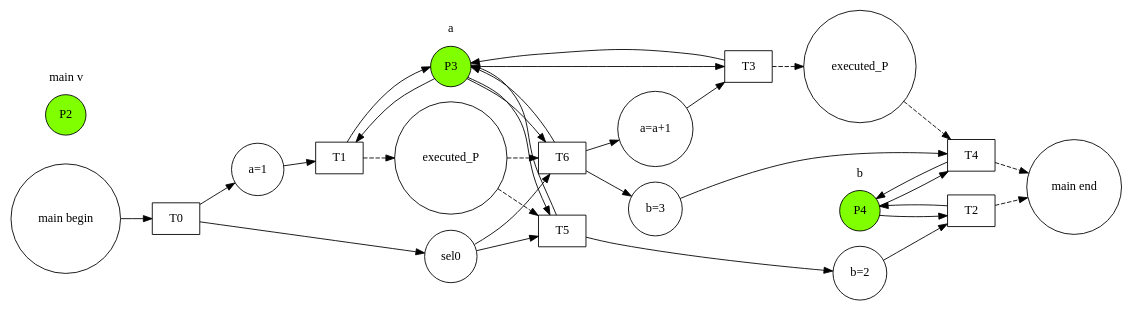
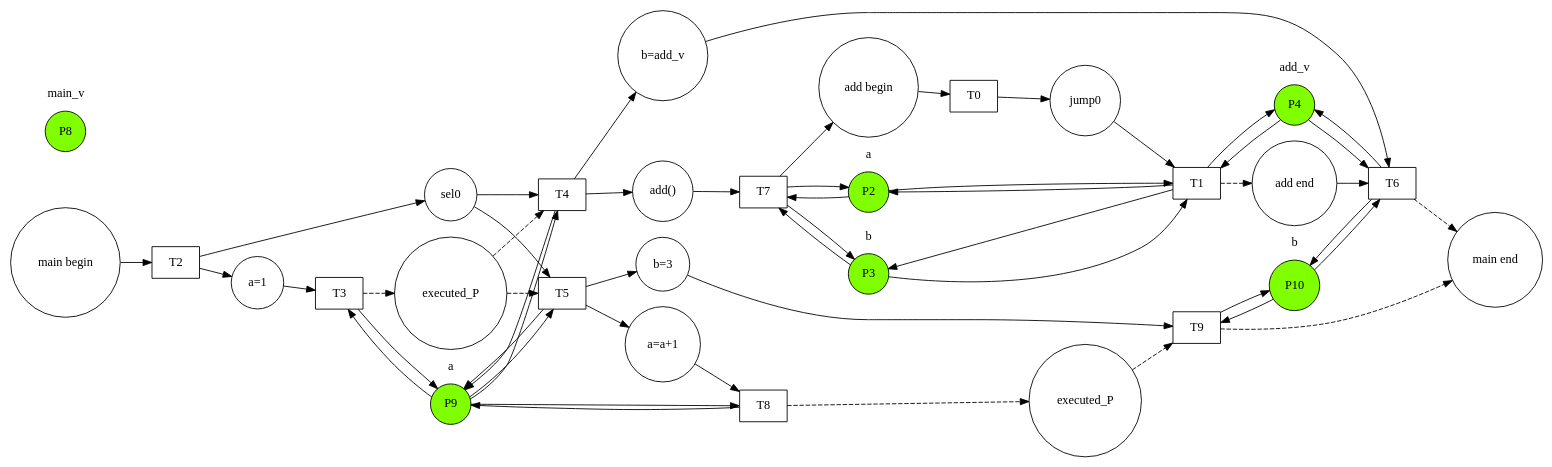
Before and after one commit to ccisman/DAMER: the diagram in cmake-build-debug/1.dot, drawn with Graphviz. The commit also changed 18 other files, not shown here.

```diff
--- a/cmake-build-debug/1.dot
+++ b/cmake-build-debug/1.dot
@@ -1,53 +1,83 @@
 digraph G{
 rankdir = LR
-P0[shape=circle,label="main begin"]
-P1[shape=circle,label="main end"]
-subgraph cluster_P2{label="main v"color="white"P2[shape=circle, style="filled",color="black",fillcolor="chartreuse"]}
-subgraph cluster_P3{label="a"color="white"P3[shape=circle, style="filled",color="black",fillcolor="chartreuse"]}
-subgraph cluster_P4{label="b"color="white"P4[shape=circle, style="filled",color="black",fillcolor="chartreuse"]}
-P5[shape=circle,label="a=1"]
-P6[shape=circle,label="b=2"]
-P7[shape=circle,label="a=a+1"]
-P8[shape=circle,label="b=3"]
-P9[shape=circle,label="sel0"]
-P10[shape=circle,label="executed_P"]
-P11[shape=circle,label="executed_P"]
+P0[shape=circle,label="add begin"]
+P1[shape=circle,label="add end"]
+subgraph cluster_P2{label="a"color="white"P2[shape=circle, style="filled",color="black",fillcolor="chartreuse"]}
+subgraph cluster_P3{label="b"color="white"P3[shape=circle, style="filled",color="black",fillcolor="chartreuse"]}
+subgraph cluster_P4{label="add_v"color="white"P4[shape=circle, style="filled",color="black",fillcolor="chartreuse"]}
+P5[shape=circle,label="jump0"]
+P6[shape=circle,label="main begin"]
+P7[shape=circle,label="main end"]
+subgraph cluster_P8{label="main_v"color="white"P8[shape=circle, style="filled",color="black",fillcolor="chartreuse"]}
+subgraph cluster_P9{label="a"color="white"P9[shape=circle, style="filled",color="black",fillcolor="chartreuse"]}
+subgraph cluster_P10{label="b"color="white"P10[shape=circle, style="filled",color="black",fillcolor="chartreuse"]}
+P11[shape=circle,label="a=1"]
+P12[shape=circle,label="sel0"]
+P13[shape=circle,label="b=add_v"]
+P14[shape=circle,label="add()"]
+P15[shape=circle,label="a=a+1"]
+P16[shape=circle,label="b=3"]
+P17[shape=circle,label="executed_P"]
+P18[shape=circle,label="executed_P"]
 T0[shape=box]
 T1[shape=box]
 T2[shape=box]
 T3[shape=box]
 T4[shape=box]
 T5[shape=box]
 T6[shape=box]
+T7[shape=box]
+T8[shape=box]
+T9[shape=box]
 P0->T0
 P5->T1
+T1->P1[style="dashed"]
+T1->P4
+P4->T1
+P2->T1
+T1->P2
+P3->T1
 T1->P3
-P3->T1
+T0->P5
 P6->T2
-T2->P4
-P4->T2
-P7->T3
-P3->T3
-T3->P3
-P8->T4
-T4->P4
-P4->T4
+P11->T3
+T3->P9
+P9->T3
+P12->T4
+P12->T5
+P13->T6
+P14->T7
+T7->P2
+P2->T7
+T7->P3
+P3->T7
+T7->P0
+P1->T6
+P4->T6
+T6->P4
+T6->P10
+P10->T6
+P15->T8
+P9->T8
+T8->P9
+P16->T9
+T9->P10
+P10->T9
+P9->T4
+T4->P9
 P9->T5
-P9->T6
-P3->T5
-T5->P3
-P3->T6
-T6->P3
-T5->P6
-T6->P7
-T6->P8
-T3->P10[style="dashed"]
-P10->T4[style="dashed"]
-T0->P5
-T0->P9
-T1->P11[style="dashed"]
-P11->T5[style="dashed"]
-P11->T6[style="dashed"]
-T2->P1[style="dashed"]
-T4->P1[style="dashed"]
+T5->P9
+T4->P13
+T4->P14
+T5->P15
+T5->P16
+T8->P17[style="dashed"]
+P17->T9[style="dashed"]
+T2->P11
+T2->P12
+T3->P18[style="dashed"]
+P18->T4[style="dashed"]
+P18->T5[style="dashed"]
+T6->P7[style="dashed"]
+T9->P7[style="dashed"]
 }
```
